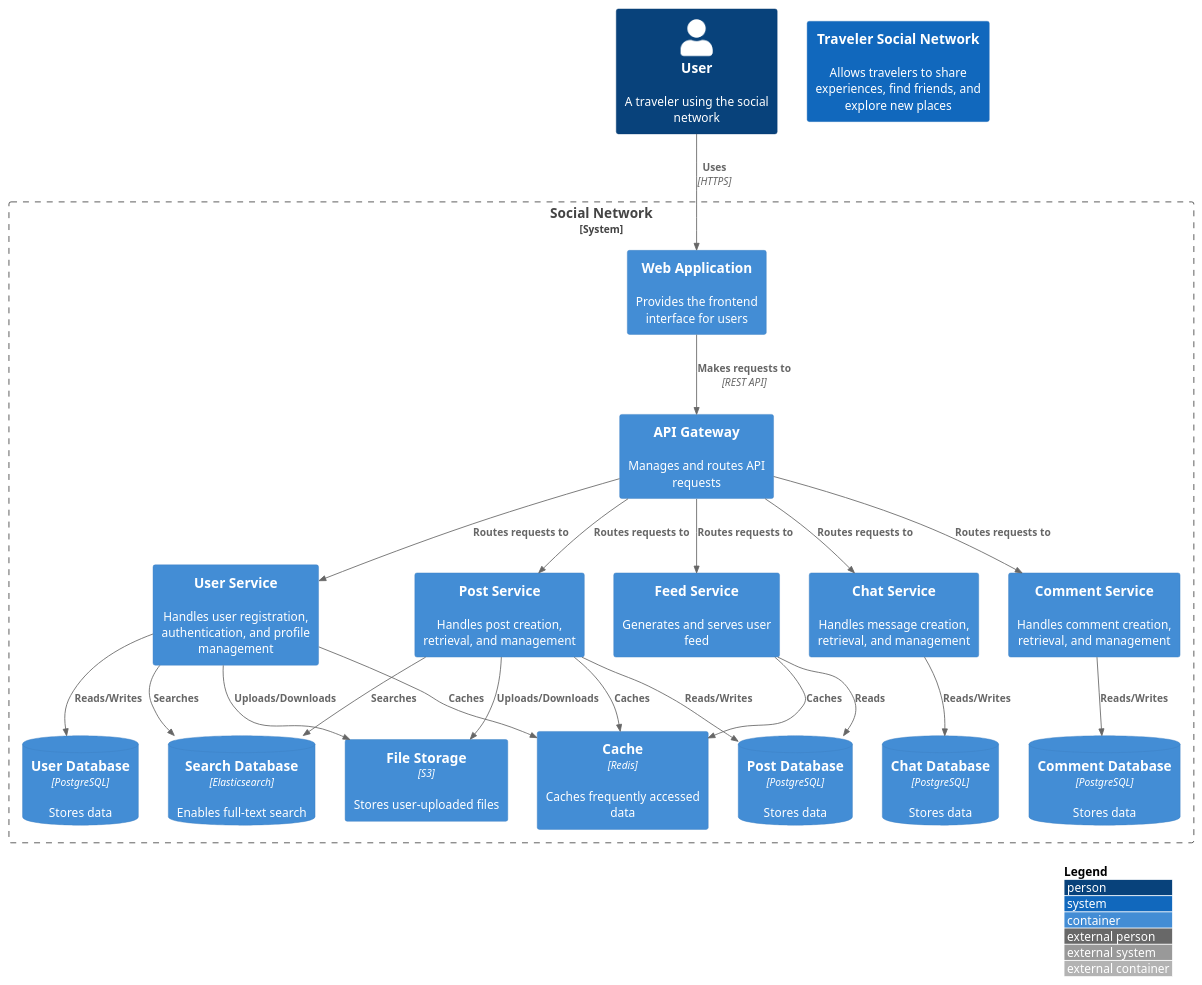
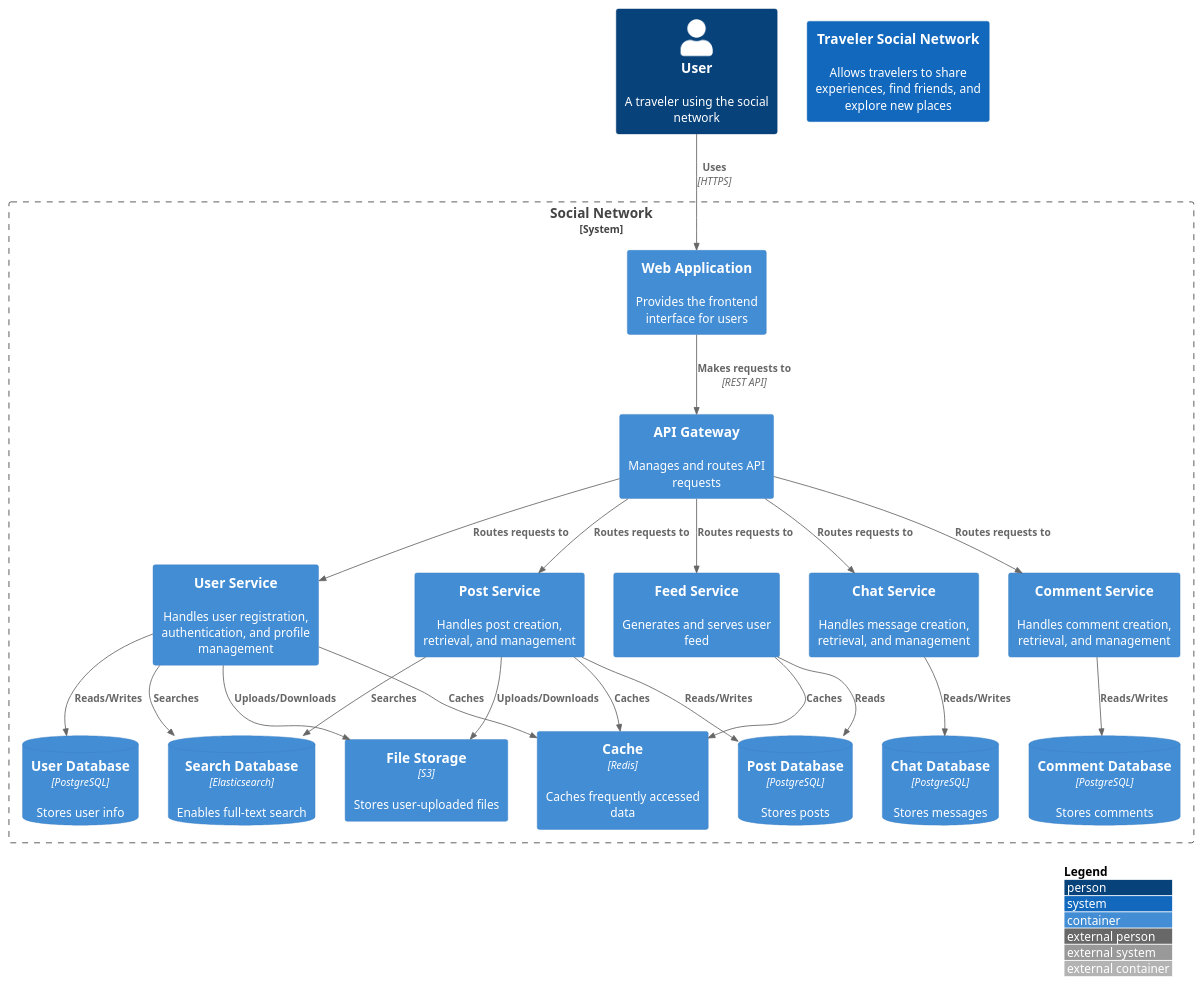
The diagram in с4.puml (Alex75Ru/social_network_system_design), drawn with PlantUML before and after one commit. The commit also changed 1 other file, not shown here.

```diff
--- a/с4.puml
+++ b/с4.puml
@@ -1,47 +1,47 @@
 @startuml
 !include https://raw.githubusercontent.com/plantuml-stdlib/C4-PlantUML/master/C4_Container.puml
 
 LAYOUT_WITH_LEGEND()
 
 Person(user, "User", "A traveler using the social network")
 
 System(social_network, "Traveler Social Network", "Allows travelers to share experiences, find friends, and explore new places")
 
 System_Boundary(social_network_boundary, "Social Network") {
     Container(web_app, "Web Application", "", "Provides the frontend interface for users")
     Container(api_gateway, "API Gateway", "", "Manages and routes API requests")
     Container(user_service, "User Service", "", "Handles user registration, authentication, and profile management")
     Container(post_service, "Post Service", "", "Handles post creation, retrieval, and management")
     Container(chat_service, "Chat Service", "", "Handles message creation, retrieval, and management")
     Container(feed_service, "Feed Service", "", "Generates and serves user feed")
     Container(comment_service, "Comment Service", "", "Handles comment creation, retrieval, and management")
-    ContainerDb(user_db, "User Database", "PostgreSQL", "Stores data")
-    ContainerDb(post_db, "Post Database", "PostgreSQL", "Stores data")
-    ContainerDb(chat_db, "Chat Database", "PostgreSQL", "Stores data")
-    ContainerDb(comment_db, "Comment Database", "PostgreSQL", "Stores data")
+    ContainerDb(user_db, "User Database", "PostgreSQL", "Stores user info")
+    ContainerDb(post_db, "Post Database", "PostgreSQL", "Stores posts")
+    ContainerDb(chat_db, "Chat Database", "PostgreSQL", "Stores messages")
+    ContainerDb(comment_db, "Comment Database", "PostgreSQL", "Stores comments")
     ContainerDb(search_db, "Search Database", "Elasticsearch", "Enables full-text search")
     Container(file_storage, "File Storage", "S3", "Stores user-uploaded files")
     Container(cache, "Cache", "Redis", "Caches frequently accessed data")
 }
 
 Rel(user, web_app, "Uses", "HTTPS")
 Rel(web_app, api_gateway, "Makes requests to", "REST API")
 Rel(api_gateway, user_service, "Routes requests to")
 Rel(api_gateway, post_service, "Routes requests to")
 Rel(api_gateway, chat_service, "Routes requests to")
 Rel(api_gateway, feed_service, "Routes requests to")
 Rel(api_gateway, comment_service, "Routes requests to")
 Rel(user_service, user_db, "Reads/Writes")
 Rel(post_service, post_db, "Reads/Writes")
 Rel(chat_service, chat_db, "Reads/Writes")
 Rel(comment_service, comment_db, "Reads/Writes")
 Rel(feed_service, post_db, "Reads")
 Rel(post_service, file_storage, "Uploads/Downloads")
 Rel(user_service, file_storage, "Uploads/Downloads")
 Rel(user_service, search_db, "Searches")
 Rel(post_service, search_db, "Searches")
 Rel(user_service, cache, "Caches")
 Rel(post_service, cache, "Caches")
 Rel(feed_service, cache, "Caches")
 
 @enduml
```
